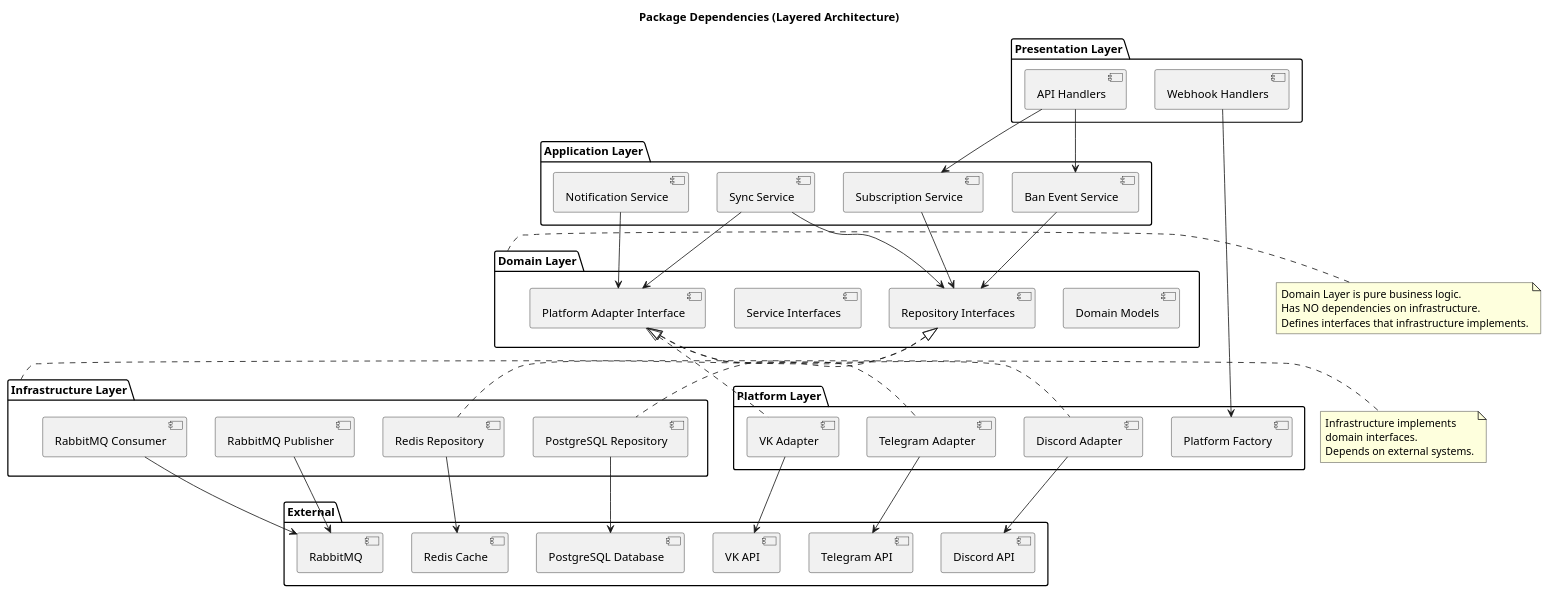
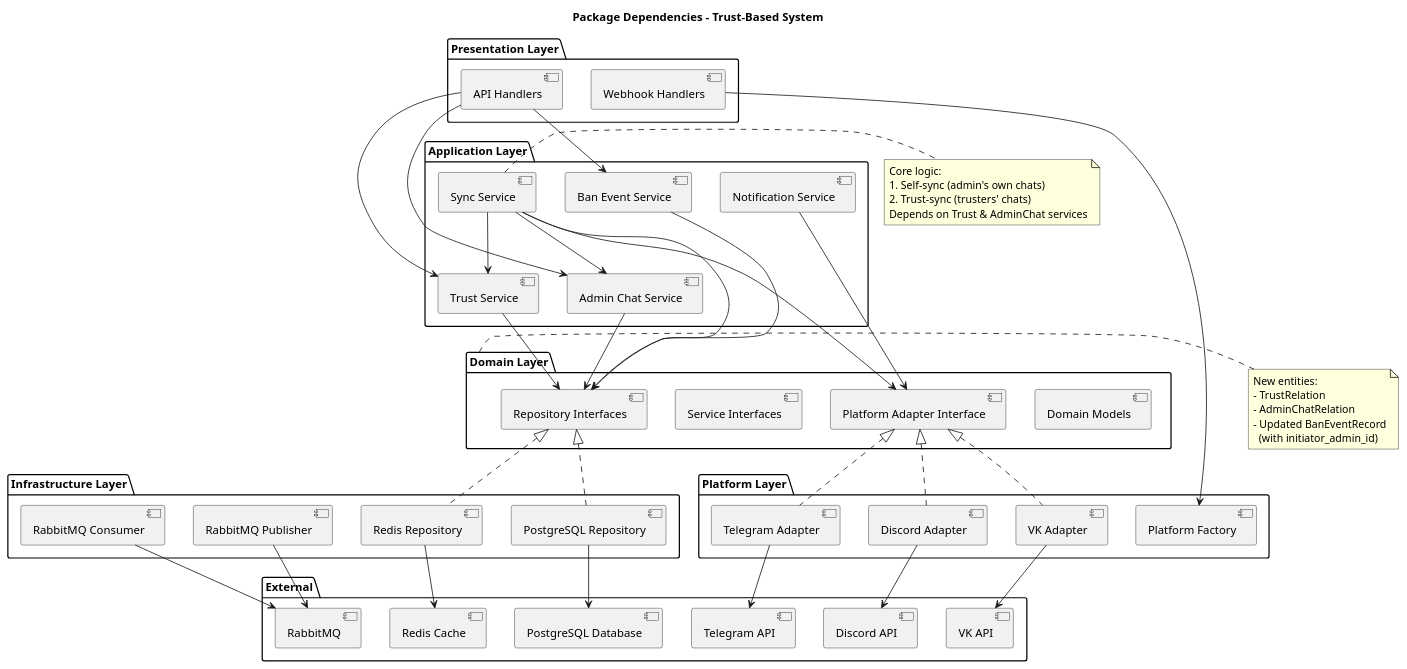
One commit to Eelyousha/dozor-service changed the diagram in package_dependency.puml. Above: the diagram before and after it, drawn with PlantUML. The commit also changed 13 other files, not shown here.

Commit message:
Updated architecture

```diff
--- a/package_dependency.puml
+++ b/package_dependency.puml
@@ -1,84 +1,94 @@
 @startuml
-title Package Dependencies (Layered Architecture)
+title Package Dependencies - Trust-Based System
 
 package "Presentation Layer" {
     [API Handlers]
     [Webhook Handlers]
 }
 
 package "Application Layer" {
-    [Subscription Service]
+    [Trust Service]
+    [Admin Chat Service]
     [Ban Event Service]
     [Sync Service]
     [Notification Service]
 }
 
 package "Domain Layer" {
     [Domain Models]
     [Repository Interfaces]
     [Service Interfaces]
     [Platform Adapter Interface]
 }
 
 package "Infrastructure Layer" {
     [PostgreSQL Repository]
     [Redis Repository]
     [RabbitMQ Publisher]
     [RabbitMQ Consumer]
 }
 
 package "Platform Layer" {
     [Telegram Adapter]
     [VK Adapter]
     [Discord Adapter]
     [Platform Factory]
 }
 
 package "External" {
     [PostgreSQL Database]
     [Redis Cache]
     [RabbitMQ]
     [Telegram API]
     [VK API]
     [Discord API]
 }
 
-[API Handlers] --> [Subscription Service]
+[API Handlers] --> [Trust Service]
+[API Handlers] --> [Admin Chat Service]
 [API Handlers] --> [Ban Event Service]
 [Webhook Handlers] --> [Platform Factory]
 
-[Subscription Service] --> [Repository Interfaces]
+[Trust Service] --> [Repository Interfaces]
+[Admin Chat Service] --> [Repository Interfaces]
 [Ban Event Service] --> [Repository Interfaces]
+
 [Sync Service] --> [Repository Interfaces]
+[Sync Service] --> [Trust Service]
+[Sync Service] --> [Admin Chat Service]
 [Sync Service] --> [Platform Adapter Interface]
+
 [Notification Service] --> [Platform Adapter Interface]
 
 [Repository Interfaces] <|.. [PostgreSQL Repository]
 [Repository Interfaces] <|.. [Redis Repository]
 
 [Platform Adapter Interface] <|.. [Telegram Adapter]
 [Platform Adapter Interface] <|.. [VK Adapter]
 [Platform Adapter Interface] <|.. [Discord Adapter]
 
 [PostgreSQL Repository] --> [PostgreSQL Database]
 [Redis Repository] --> [Redis Cache]
 [RabbitMQ Publisher] --> [RabbitMQ]
 [RabbitMQ Consumer] --> [RabbitMQ]
 
 [Telegram Adapter] --> [Telegram API]
 [VK Adapter] --> [VK API]
 [Discord Adapter] --> [Discord API]
 
-note right of [Domain Layer]
-  Domain Layer is pure business logic.
-  Has NO dependencies on infrastructure.
-  Defines interfaces that infrastructure implements.
+note right of [Sync Service]
+  Core logic:
+  1. Self-sync (admin's own chats)
+  2. Trust-sync (trusters' chats)
+  Depends on Trust & AdminChat services
 end note
 
-note right of [Infrastructure Layer]
-  Infrastructure implements
-  domain interfaces.
-  Depends on external systems.
+note right of [Domain Layer]
+  New entities:
+  - TrustRelation
+  - AdminChatRelation
+  - Updated BanEventRecord
+    (with initiator_admin_id)
 end note
 
 @enduml
```
